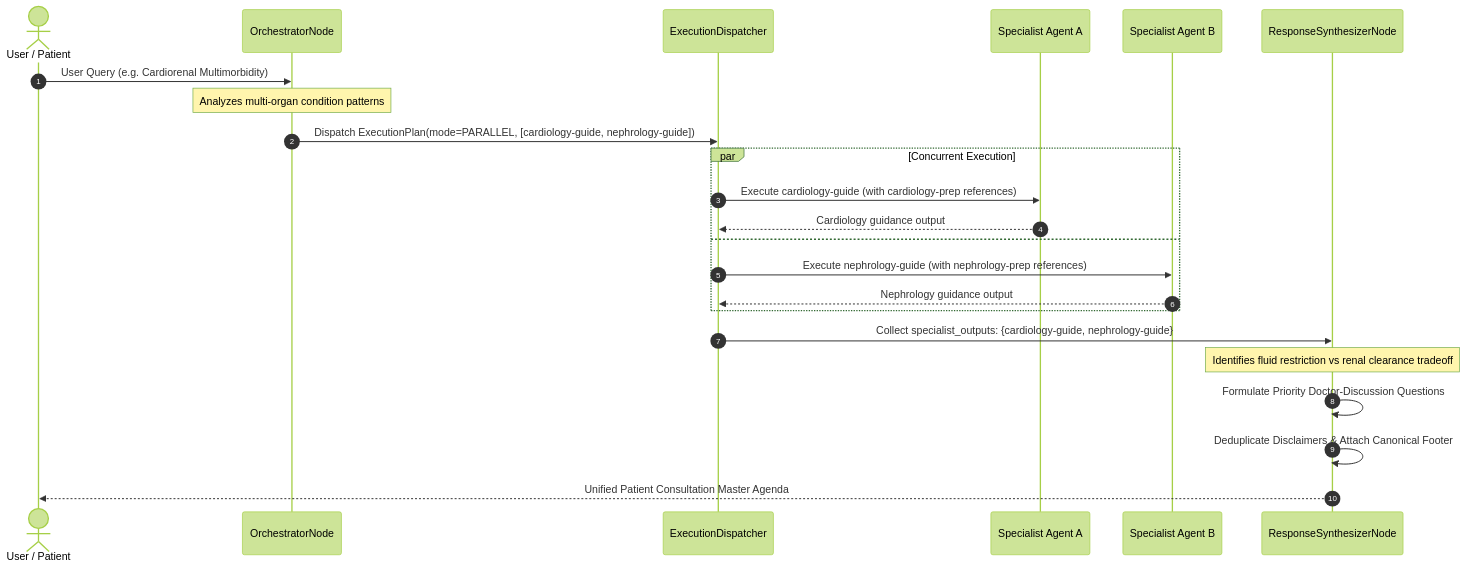
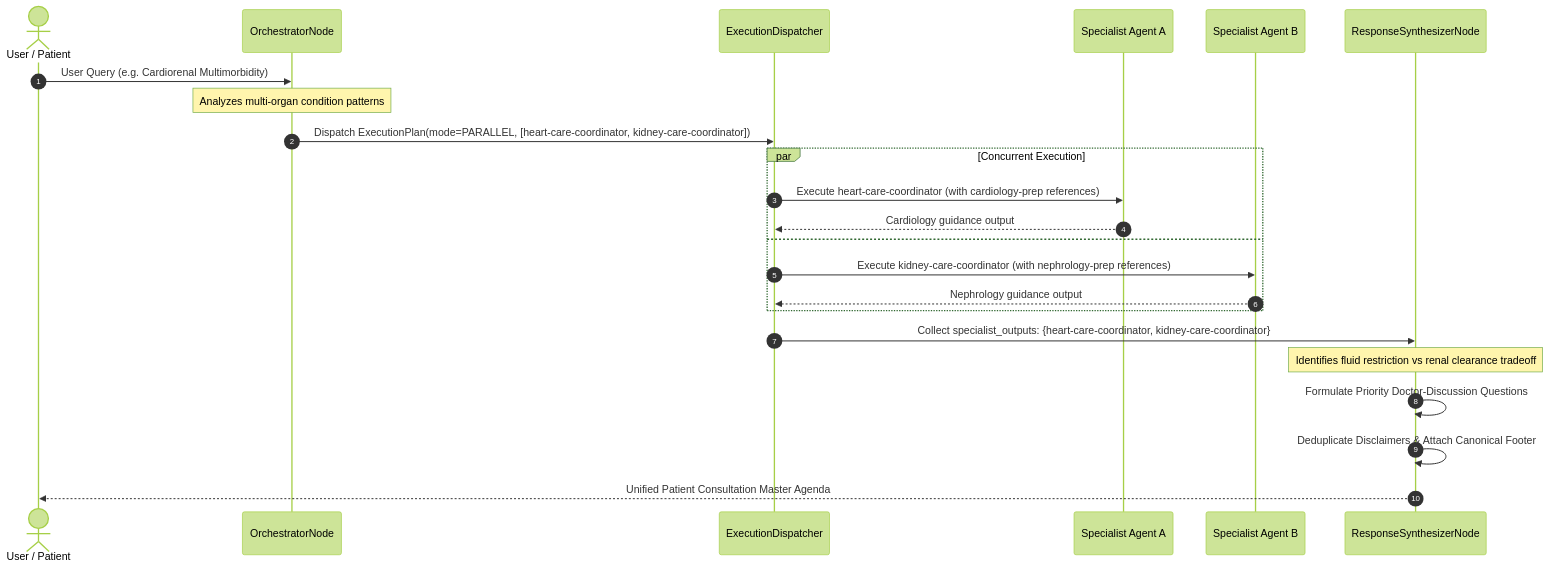
One commit to spectrayan/carefold changed the second of 2 diagrams in docs/architecture/orchestrator.md. Above: the diagram before and after it, drawn with Mermaid (forest theme). The commit also changed other lines of this file and 428 other files, not shown here.

First line of the commit message:
refactor(agents): rename specialist slugs to coordinator scheme

````diff
--- a/docs/architecture/orchestrator.md
+++ b/docs/architecture/orchestrator.md
@@ -118,28 +118,28 @@
 ```mermaid
 sequenceDiagram
     autonumber
     actor Patient as User / Patient
     participant Orch as OrchestratorNode
     participant Disp as ExecutionDispatcher
     participant SpecA as Specialist Agent A
     participant SpecB as Specialist Agent B
     participant Synth as ResponseSynthesizerNode
 
     Patient->>Orch: User Query (e.g. Cardiorenal Multimorbidity)
     Note over Orch: Analyzes multi-organ condition patterns
-    Orch->>Disp: Dispatch ExecutionPlan(mode=PARALLEL, [cardiology-guide, nephrology-guide])
+    Orch->>Disp: Dispatch ExecutionPlan(mode=PARALLEL, [heart-care-coordinator, kidney-care-coordinator])
     
     par Concurrent Execution
-        Disp->>SpecA: Execute cardiology-guide (with cardiology-prep references)
+        Disp->>SpecA: Execute heart-care-coordinator (with cardiology-prep references)
         SpecA-->>Disp: Cardiology guidance output
     and
-        Disp->>SpecB: Execute nephrology-guide (with nephrology-prep references)
+        Disp->>SpecB: Execute kidney-care-coordinator (with nephrology-prep references)
         SpecB-->>Disp: Nephrology guidance output
     end
     
-    Disp->>Synth: Collect specialist_outputs: {cardiology-guide, nephrology-guide}
+    Disp->>Synth: Collect specialist_outputs: {heart-care-coordinator, kidney-care-coordinator}
     Note over Synth: Identifies fluid restriction vs renal clearance tradeoff
     Synth->>Synth: Formulate Priority Doctor-Discussion Questions
     Synth->>Synth: Deduplicate Disclaimers & Attach Canonical Footer
     Synth-->>Patient: Unified Patient Consultation Master Agenda
 ```
````
